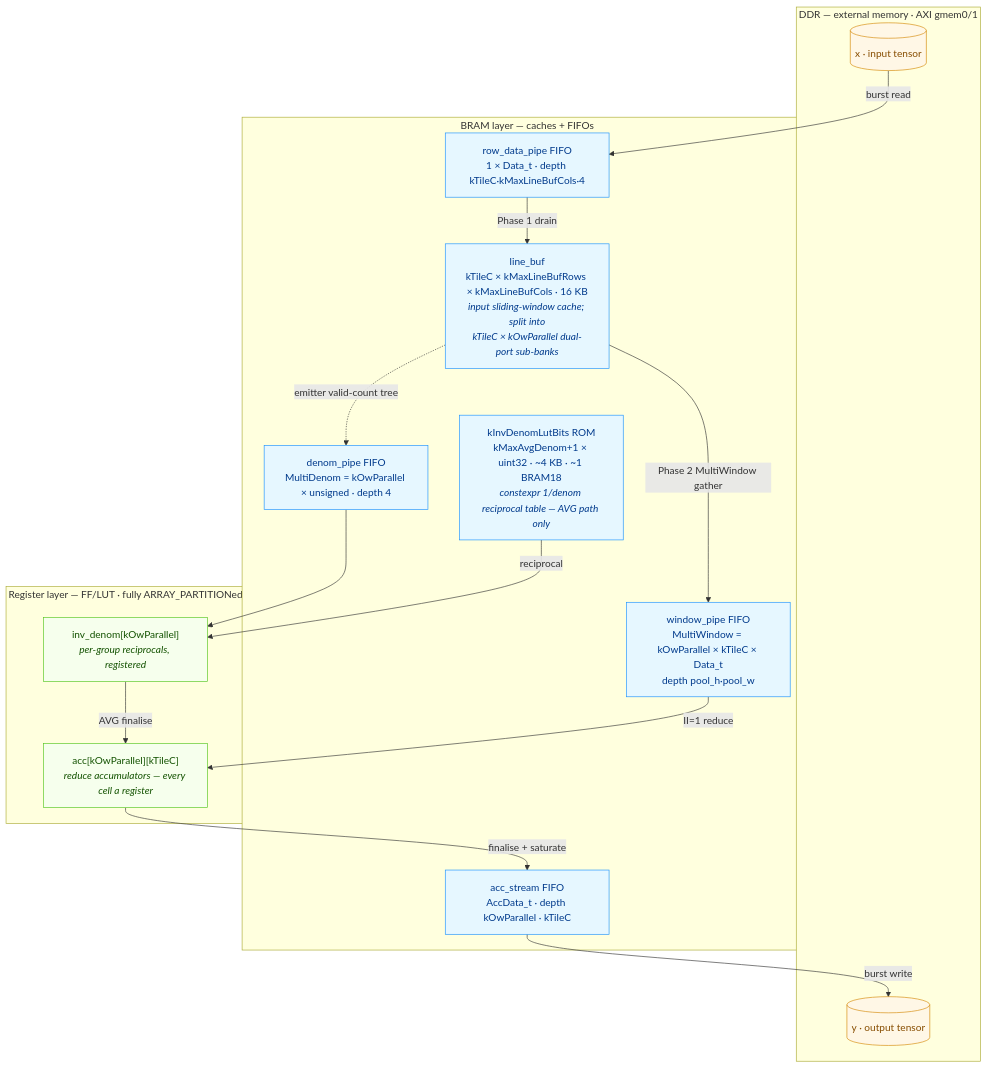
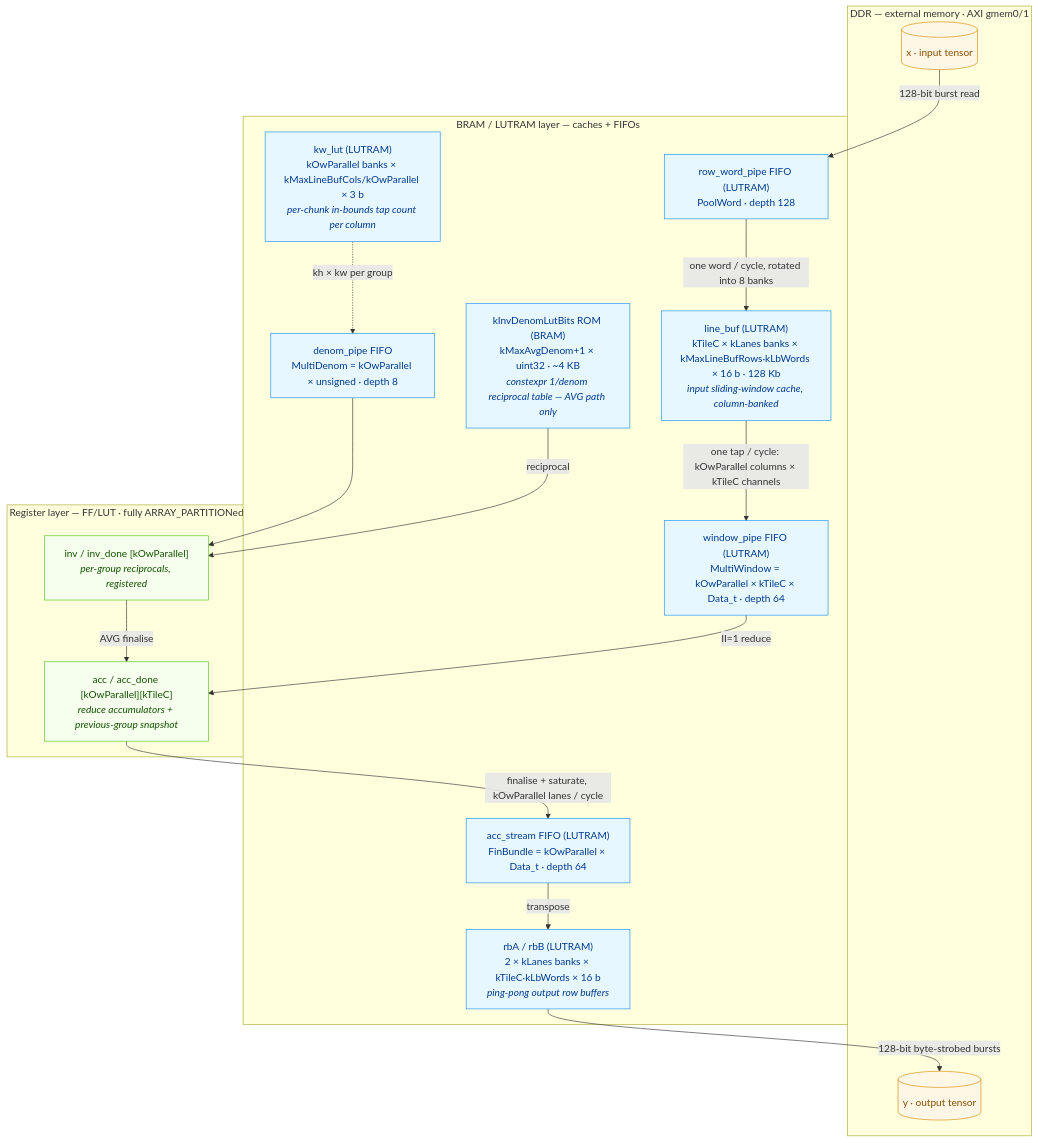
Before and after one commit to phoenix367/cormorant: the fourth of 4 diagrams in doc/POOLING_KERNEL.md, drawn with Mermaid. The commit also changed other lines of this file and 28 other files, not shown here.

````diff
--- a/doc/POOLING_KERNEL.md
+++ b/doc/POOLING_KERNEL.md
@@ -343,39 +373,42 @@
 ```mermaid
 flowchart TB
     subgraph DDR["DDR — external memory · AXI gmem0/1"]
         Xd[("x · input tensor")]
         Yd[("y · output tensor")]
     end
 
-    subgraph BRAML["BRAM layer — caches + FIFOs"]
-        LB["line_buf<br/>kTileC × kMaxLineBufRows × kMaxLineBufCols · 16 KB<br/><i>input sliding-window cache; split into<br/>kTileC × kOwParallel dual-port sub-banks</i>"]
-        ID["kInvDenomLutBits ROM<br/>kMaxAvgDenom+1 × uint32 · ~4 KB · ~1 BRAM18<br/><i>constexpr 1/denom reciprocal table — AVG path only</i>"]
-        RP["row_data_pipe FIFO<br/>1 × Data_t · depth kTileC·kMaxLineBufCols·4"]
-        WP["window_pipe FIFO<br/>MultiWindow = kOwParallel × kTileC × Data_t<br/>depth pool_h·pool_w"]
-        DP["denom_pipe FIFO<br/>MultiDenom = kOwParallel × unsigned · depth 4"]
-        AS["acc_stream FIFO<br/>AccData_t · depth kOwParallel · kTileC"]
+    subgraph BRAML["BRAM / LUTRAM layer — caches + FIFOs"]
+        LB["line_buf (LUTRAM)<br/>kTileC × kLanes banks × kMaxLineBufRows·kLbWords × 16 b · 128 Kb<br/><i>input sliding-window cache, column-banked</i>"]
+        KW["kw_lut (LUTRAM)<br/>kOwParallel banks × kMaxLineBufCols/kOwParallel × 3 b<br/><i>per-chunk in-bounds tap count per column</i>"]
+        ID["kInvDenomLutBits ROM (BRAM)<br/>kMaxAvgDenom+1 × uint32 · ~4 KB<br/><i>constexpr 1/denom reciprocal table — AVG path only</i>"]
+        RB["rbA / rbB (LUTRAM)<br/>2 × kLanes banks × kTileC·kLbWords × 16 b<br/><i>ping-pong output row buffers</i>"]
+        RP["row_word_pipe FIFO (LUTRAM)<br/>PoolWord · depth 128"]
+        WP["window_pipe FIFO (LUTRAM)<br/>MultiWindow = kOwParallel × kTileC × Data_t · depth 64"]
+        DP["denom_pipe FIFO<br/>MultiDenom = kOwParallel × unsigned · depth 8"]
+        AS["acc_stream FIFO (LUTRAM)<br/>FinBundle = kOwParallel × Data_t · depth 64"]
     end
 
     subgraph REGL["Register layer — FF/LUT · fully ARRAY_PARTITIONed"]
-        AC["acc[kOwParallel][kTileC]<br/><i>reduce accumulators — every cell a register</i>"]
-        IDr["inv_denom[kOwParallel]<br/><i>per-group reciprocals, registered</i>"]
+        AC["acc / acc_done [kOwParallel][kTileC]<br/><i>reduce accumulators + previous-group snapshot</i>"]
+        IDr["inv / inv_done [kOwParallel]<br/><i>per-group reciprocals, registered</i>"]
     end
 
-    Xd -->|burst read| RP
-    RP -->|Phase 1 drain| LB
-    LB -->|Phase 2 MultiWindow gather| WP
-    LB -.->|emitter valid-count tree| DP
+    Xd -->|128-bit burst read| RP
+    RP -->|one word / cycle, rotated into 8 banks| LB
+    LB -->|one tap / cycle: kOwParallel columns × kTileC channels| WP
+    KW -.->|kh × kw per group| DP
     WP -->|II=1 reduce| AC
     DP --> IDr
     ID -->|reciprocal| IDr
     IDr -->|AVG finalise| AC
-    AC -->|finalise + saturate| AS
-    AS -->|burst write| Yd
+    AC -->|finalise + saturate, kOwParallel lanes / cycle| AS
+    AS -->|transpose| RB
+    RB -->|128-bit byte-strobed bursts| Yd
 
     classDef ddr fill:#fff7e6,stroke:#d48806,color:#874d00
     classDef bram fill:#e6f7ff,stroke:#1890ff,color:#003a8c
     classDef reg fill:#f6ffed,stroke:#52c41a,color:#135200
     class Xd,Yd ddr
-    class LB,ID,RP,WP,DP,AS bram
+    class LB,KW,ID,RB,RP,WP,DP,AS bram
     class AC,IDr reg
 ```
````
